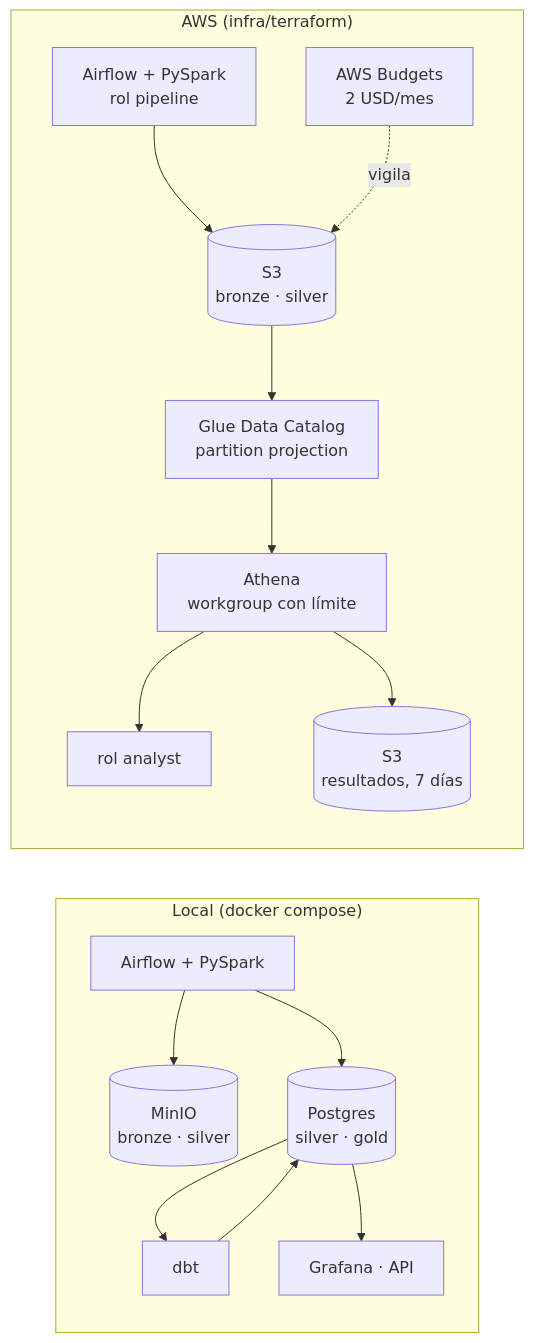
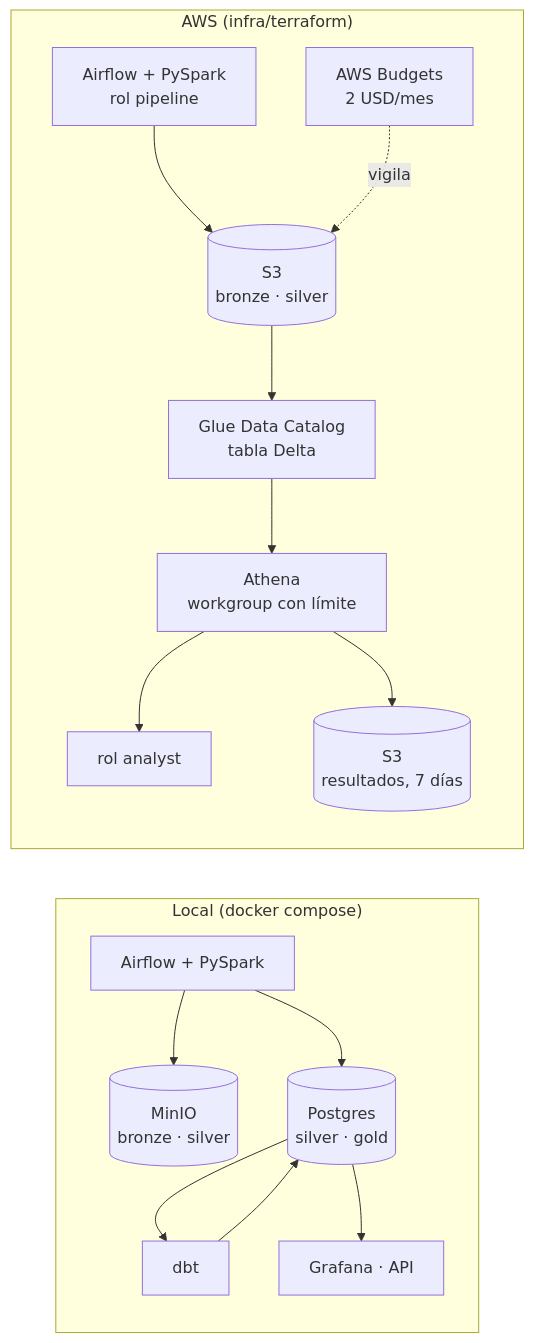
One commit to AlexandreColl/MallorcaDataPlatform changed the diagram in infra/terraform/README.md. Above: the diagram before and after it, drawn with Mermaid. The commit also changed other lines of this file and 7 other files, not shown here.

````diff
--- a/infra/terraform/README.md
+++ b/infra/terraform/README.md
@@ -15,19 +15,19 @@
 ```mermaid
 flowchart LR
     subgraph Local["Local (docker compose)"]
         direction TB
         LA[Airflow + PySpark] --> LB[(MinIO<br/>bronze · silver)]
         LA --> LP[(Postgres<br/>silver · gold)]
         LP --> LD[dbt] --> LP
         LP --> LG[Grafana · API]
     end
     subgraph AWS["AWS (infra/terraform)"]
         direction TB
         AA[Airflow + PySpark<br/>rol pipeline] --> AB[(S3<br/>bronze · silver)]
-        AB --> AC[Glue Data Catalog<br/>partition projection]
+        AB --> AC[Glue Data Catalog<br/>tabla Delta]
         AC --> AT[Athena<br/>workgroup con límite]
         AT --> AN[rol analyst]
         AT --> AR[(S3<br/>resultados, 7 días)]
         BU[AWS Budgets<br/>2 USD/mes] -.vigila.-> AB
     end
 ```
````
